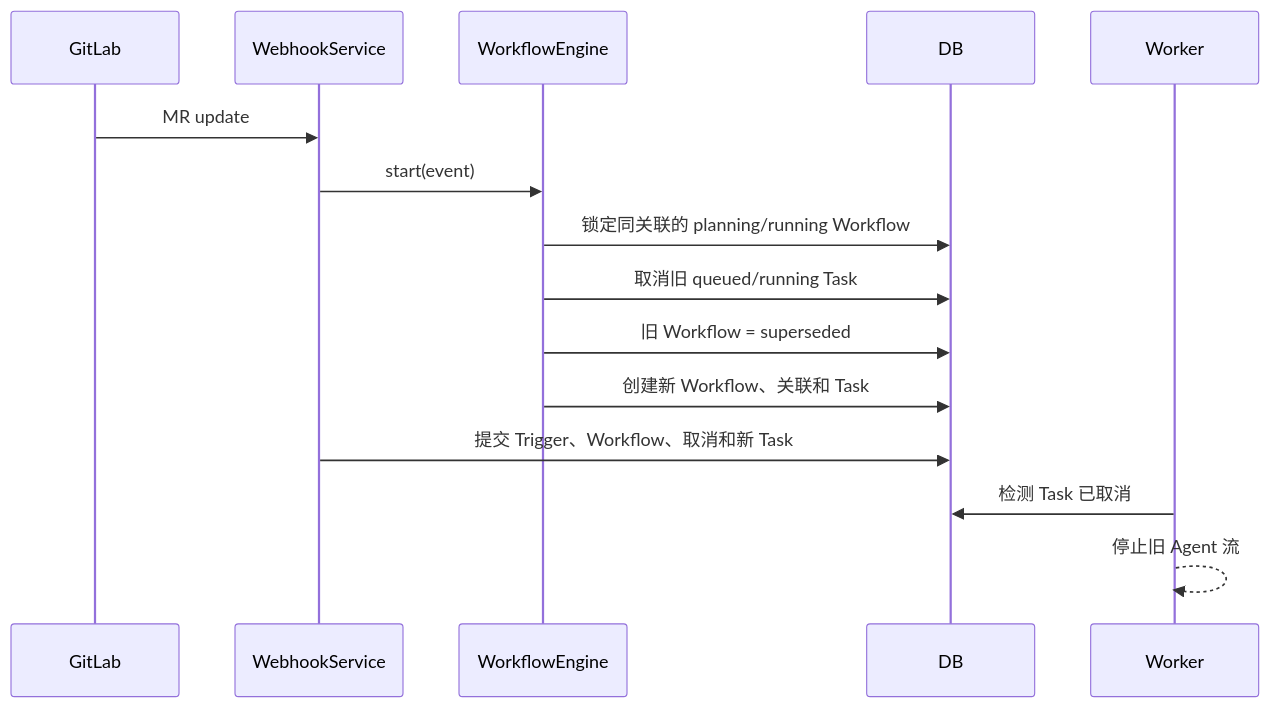
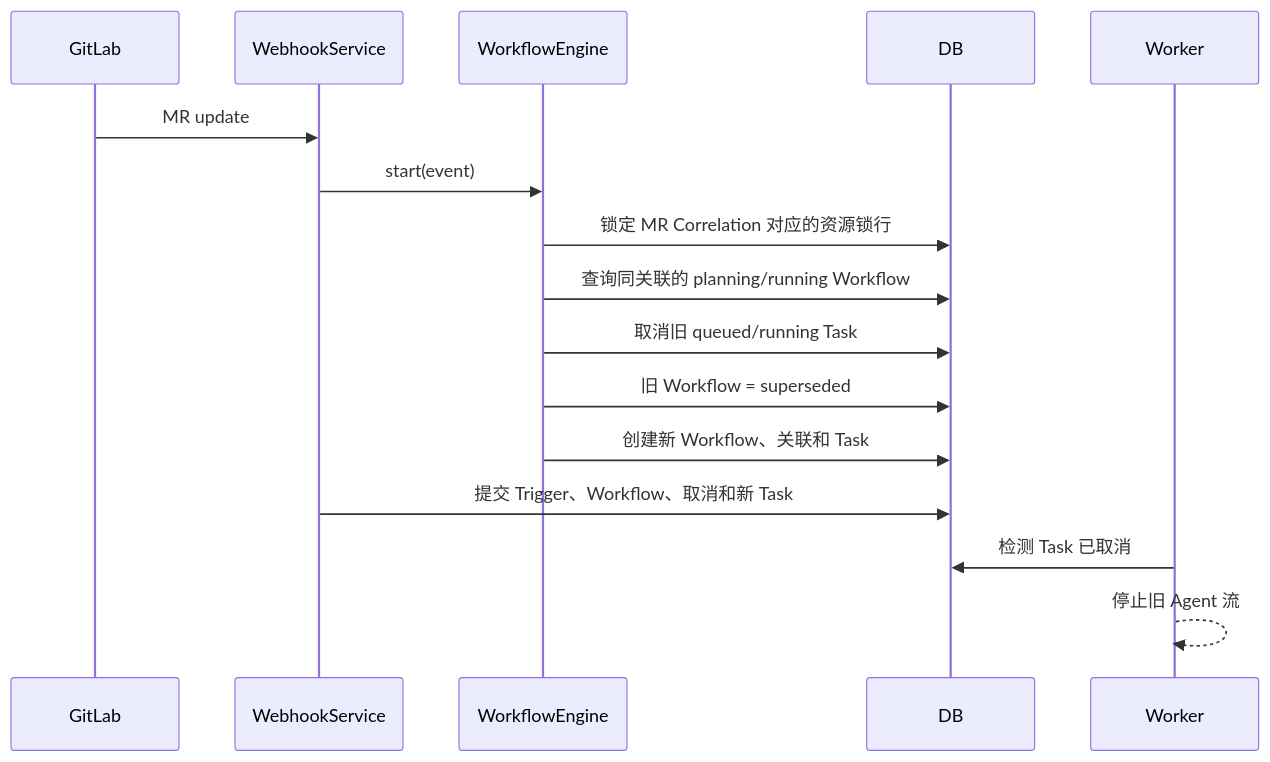
One commit to tolatolatop/cc-fastapi-learn changed the third of 3 diagrams in docs/workflows-and-database.md. Above: the diagram before and after it, drawn with Mermaid. The commit also changed other lines of this file and 11 other files, not shown here.

````diff
--- a/docs/workflows-and-database.md
+++ b/docs/workflows-and-database.md
@@ -219,18 +229,19 @@
 ```mermaid
 sequenceDiagram
     participant GitLab
     participant Webhook as WebhookService
     participant Engine as WorkflowEngine
     participant DB
     participant Worker
 
     GitLab->>Webhook: MR update
     Webhook->>Engine: start(event)
-    Engine->>DB: 锁定同关联的 planning/running Workflow
+    Engine->>DB: 锁定 MR Correlation 对应的资源锁行
+    Engine->>DB: 查询同关联的 planning/running Workflow
     Engine->>DB: 取消旧 queued/running Task
     Engine->>DB: 旧 Workflow = superseded
     Engine->>DB: 创建新 Workflow、关联和 Task
     Webhook->>DB: 提交 Trigger、Workflow、取消和新 Task
     Worker->>DB: 检测 Task 已取消
     Worker-->>Worker: 停止旧 Agent 流
 ```
````
